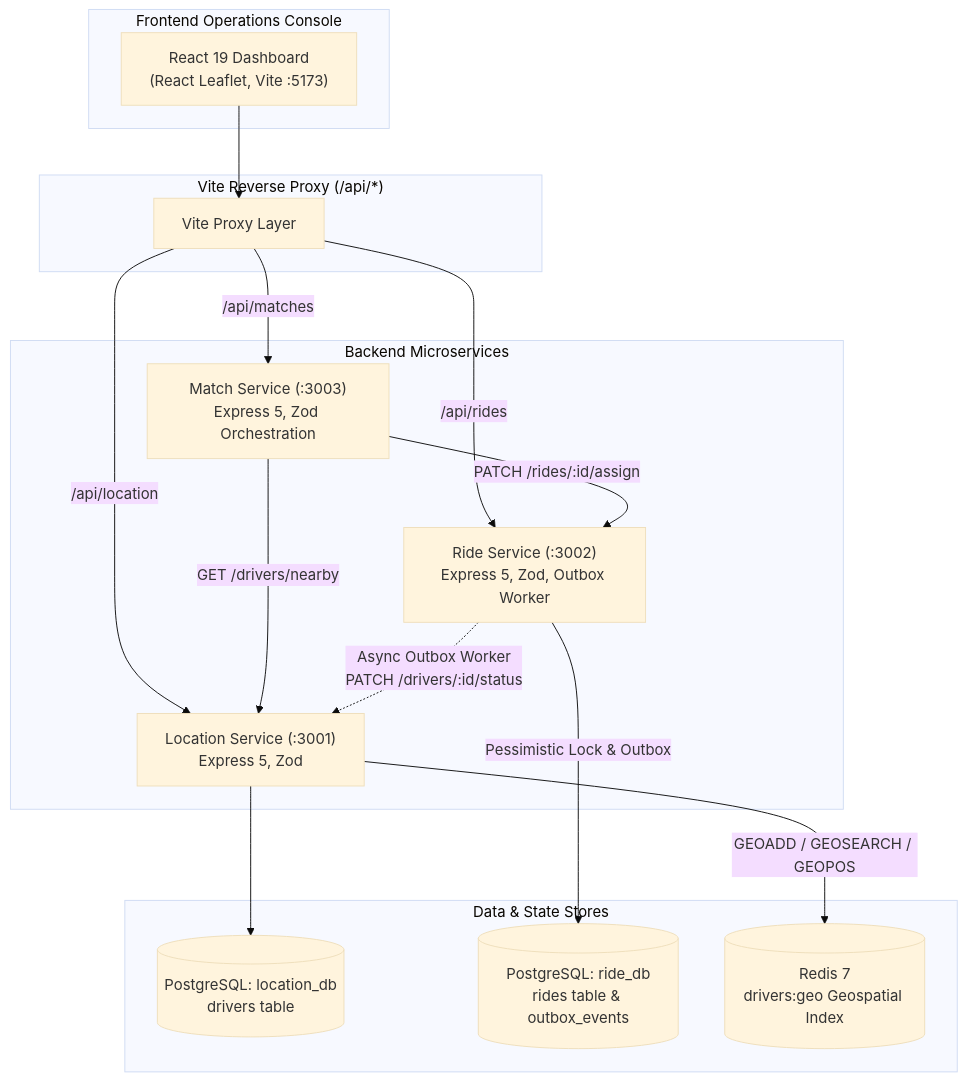
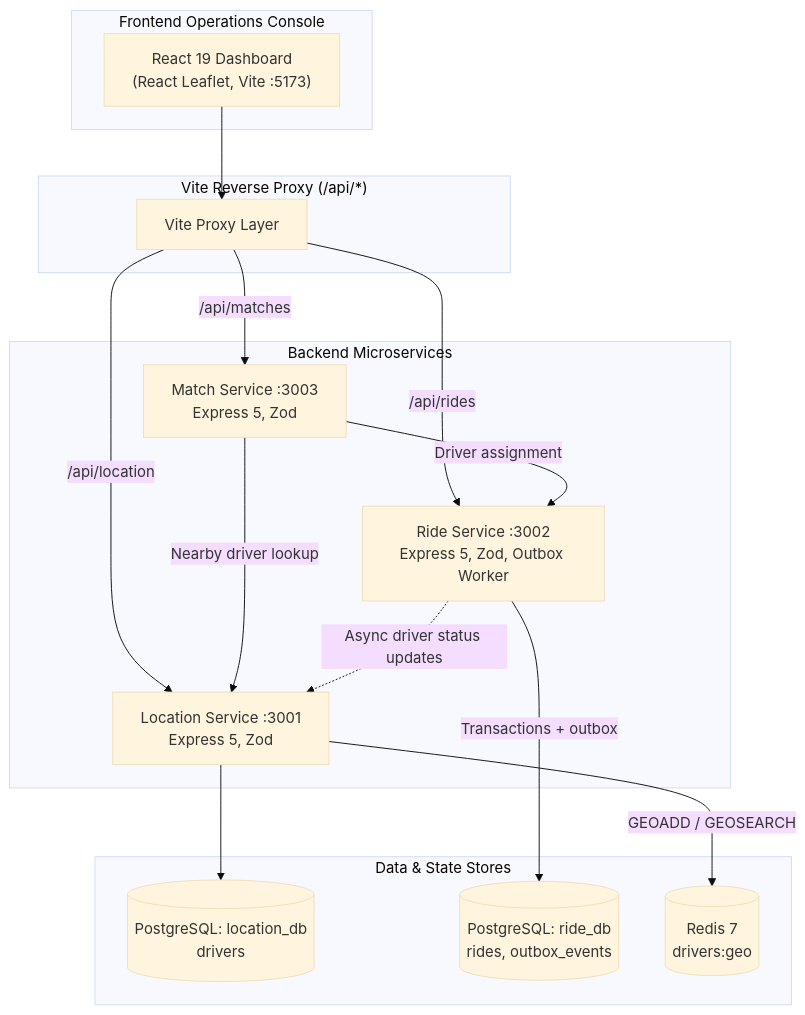
Before and after one commit to om-shankhpal/RideMesh: the diagram in README.md, drawn with Mermaid (base theme). The commit also changed other lines of this file, not shown here.

````diff
--- a/README.md
+++ b/README.md
@@ -11,36 +27,29 @@
 ```mermaid
 flowchart TD
-    subgraph Client ["Frontend Operations Console"]
+    subgraph Client["Frontend Operations Console"]
         UI["React 19 Dashboard<br/>(React Leaflet, Vite :5173)"]
     end
-
-    subgraph Gateway ["Vite Reverse Proxy (/api/*)"]
+    subgraph Gateway["Vite Reverse Proxy (/api/*)"]
         Proxy["Vite Proxy Layer"]
     end
-
-    subgraph Microservices ["Backend Microservices"]
-        LS["Location Service (:3001)<br/>Express 5, Zod"]
-        RS["Ride Service (:3002)<br/>Express 5, Zod, Outbox Worker"]
-        MS["Match Service (:3003)<br/>Express 5, Zod Orchestration"]
+    subgraph Services["Backend Microservices"]
+        LS["Location Service :3001<br/>Express 5, Zod"]
+        RS["Ride Service :3002<br/>Express 5, Zod, Outbox Worker"]
+        MS["Match Service :3003<br/>Express 5, Zod"]
     end
-
-    subgraph DataStores ["Data & State Stores"]
-        LDB[("PostgreSQL: location_db<br/>drivers table")]
-        RDB[("PostgreSQL: ride_db<br/>rides table & outbox_events")]
-        RCACHE[("Redis 7<br/>drivers:geo Geospatial Index")]
+    subgraph Stores["Data & State Stores"]
+        LDB[("PostgreSQL: location_db<br/>drivers")]
+        RDB[("PostgreSQL: ride_db<br/>rides, outbox_events")]
+        Redis[("Redis 7<br/>drivers:geo")]
     end
-
     UI --> Proxy
     Proxy -->|/api/location| LS
     Proxy -->|/api/rides| RS
     Proxy -->|/api/matches| MS
-
-    MS -->|GET /drivers/nearby| LS
-    MS -->|PATCH /rides/:id/assign| RS
-
+    MS -->|Nearby driver lookup| LS
+    MS -->|Driver assignment| RS
     LS --> LDB
-    LS -->|GEOADD / GEOSEARCH / GEOPOS| RCACHE
-
-    RS -->|Pessimistic Lock & Outbox| RDB
-    RS -.->|Async Outbox Worker<br/>PATCH /drivers/:id/status| LS
+    LS -->|GEOADD / GEOSEARCH| Redis
+    RS -->|Transactions + outbox| RDB
+    RS -.->|Async driver status updates| LS
 ```
````
